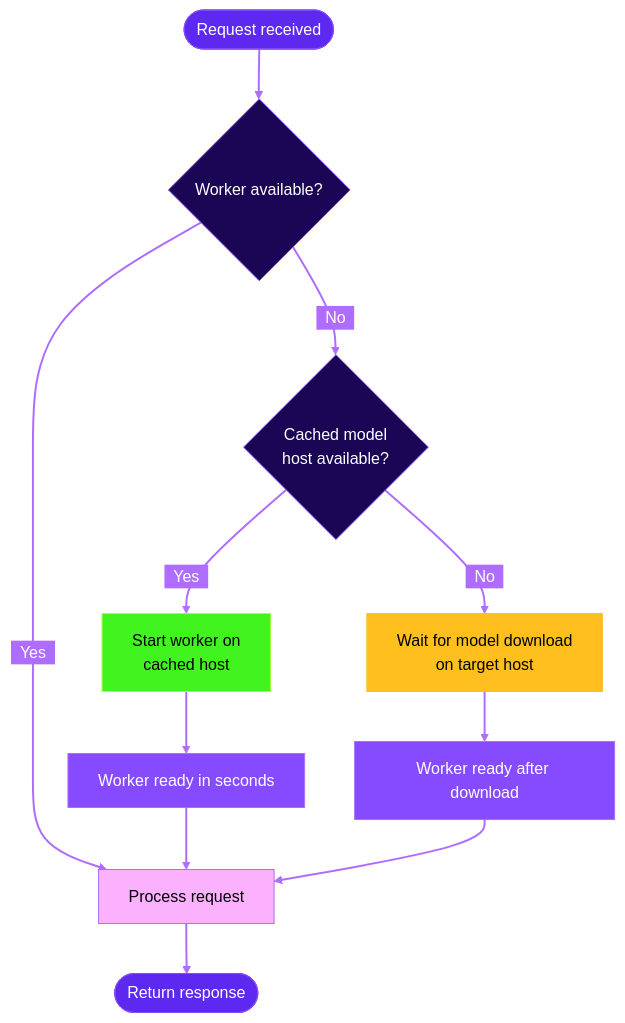
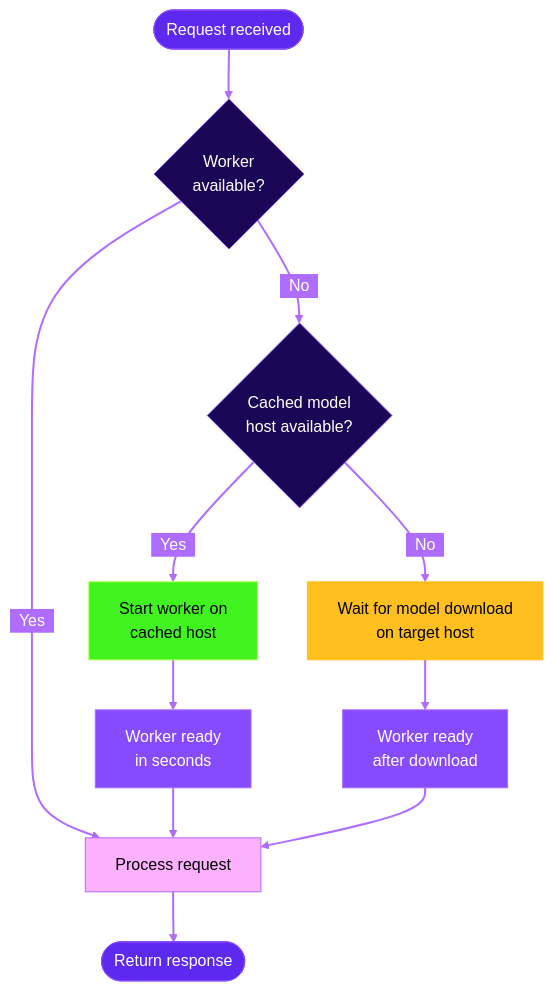
Before and after one commit to runpod/docs: the diagram in serverless/endpoints/model-caching.mdx, drawn with Mermaid.

````diff
--- a/serverless/endpoints/model-caching.mdx
+++ b/serverless/endpoints/model-caching.mdx
@@ -27,32 +27,32 @@
 ```mermaid
 %%{init: {'theme':'base', 'themeVariables': { 'primaryColor':'#5D29F0','primaryTextColor':'#fff','primaryBorderColor':'#874BFF','lineColor':'#AE6DFF','secondaryColor':'#AE6DFF','tertiaryColor':'#FCB1FF','edgeLabelBackground':'#AE6DFF'}}}%%
 
 flowchart TD
-    Start([Request received]) --> CheckWorkers{Worker available?}
+    Start([Request received]) --> CheckWorkers{Worker<br/>available?}
     
     CheckWorkers -->|"&nbsp;&nbsp;Yes&nbsp;&nbsp;"| Process[Process request]
     
     CheckWorkers -->|"&nbsp;&nbsp;No&nbsp;&nbsp;"| CheckCache{Cached model<br/>host available?}
     
     CheckCache -->|"&nbsp;&nbsp;Yes&nbsp;&nbsp;"| FastStart[Start worker on<br/>cached host]
-    FastStart --> Ready1[Worker ready in seconds]
+    FastStart --> Ready1[Worker ready<br/>in seconds]
     Ready1 --> Process
     
     CheckCache -->|"&nbsp;&nbsp;No&nbsp;&nbsp;"| WaitForCache[Wait for model download<br/>on target host]
-    WaitForCache --> Ready2[Worker ready after download]
+    WaitForCache --> Ready2[Worker ready<br/>after download]
     Ready2 --> Process
     
     Process --> Response([Return response])
 
     style Start fill:#5D29F0,stroke:#874BFF,color:#FFFFFF
     style Response fill:#5D29F0,stroke:#874BFF,color:#FFFFFF
     style FastStart fill:#41F420,stroke:#A7FF43,color:#000000
     style Ready1 fill:#874BFF,stroke:#AE6DFF,color:#FFFFFF
     style WaitForCache fill:#FFC01F,stroke:#FFC01F,color:#000000
     style Ready2 fill:#874BFF,stroke:#AE6DFF,color:#FFFFFF
     style CheckWorkers fill:#1B0656,stroke:#874BFF,color:#FFFFFF
     style CheckCache fill:#1B0656,stroke:#874BFF,color:#FFFFFF
     style Process fill:#FCB1FF,stroke:#AE6DFF,color:#000000
 
     linkStyle default stroke-width:2px
 ```
````
